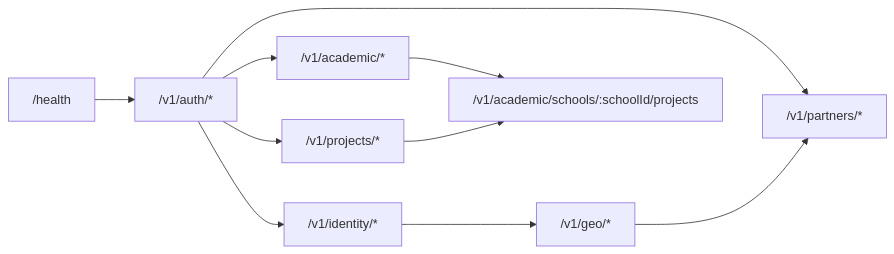
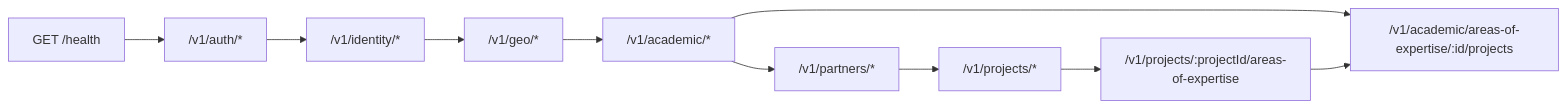
The third of 7 diagrams in pug-mocks/README.md (Plataforma-Universidade-Gratuita/pug-docs), drawn with Mermaid before and after one commit. The commit also changed other lines of this file and 2 other files, not shown here.

````diff
--- a/pug-mocks/README.md
+++ b/pug-mocks/README.md
@@ -118,21 +119,22 @@
 ```mermaid
 graph LR
-    HEALTH["/health"]
+    HEALTH["GET /health"]
     AUTH["/v1/auth/*"]
     IDENTITY["/v1/identity/*"]
     GEO["/v1/geo/*"]
     ACADEMIC["/v1/academic/*"]
     PARTNER["/v1/partners/*"]
     PROJECT["/v1/projects/*"]
-    SCHOOL_PROJECTS["/v1/academic/schools/:schoolId/projects"]
+    AREA_LINKS["/v1/academic/areas-of-expertise/:id/projects"]
+    PROJECT_LINKS["/v1/projects/:projectId/areas-of-expertise"]
 
     HEALTH --> AUTH
     AUTH --> IDENTITY
-    AUTH --> ACADEMIC
-    AUTH --> PARTNER
-    AUTH --> PROJECT
     IDENTITY --> GEO
-    GEO --> PARTNER
-    ACADEMIC --> SCHOOL_PROJECTS
-    PROJECT --> SCHOOL_PROJECTS
+    GEO --> ACADEMIC
+    ACADEMIC --> PARTNER
+    PARTNER --> PROJECT
+    ACADEMIC --> AREA_LINKS
+    PROJECT --> PROJECT_LINKS
+    PROJECT_LINKS --> AREA_LINKS
 ```
````
